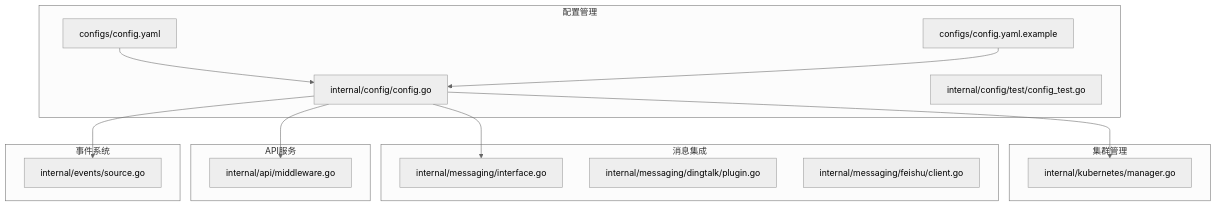
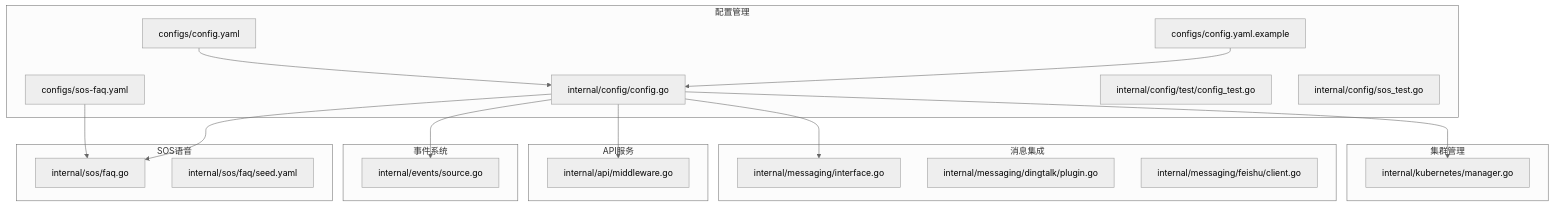
The first of 4 diagrams in .qoder/repowiki/zh/content/安装部署/配置管理.md (kudig-io/klaw), drawn with Mermaid (neutral theme) before and after one commit. The commit also changed other lines of this file and 232 other files, not shown here.

````diff
--- a/.qoder/repowiki/zh/content/安装部署/配置管理.md
+++ b/.qoder/repowiki/zh/content/安装部署/配置管理.md
@@ -51,29 +57,37 @@
 ```mermaid
 graph TB
 subgraph "配置管理"
 C1["configs/config.yaml"]
 C2["configs/config.yaml.example"]
-C3["internal/config/config.go"]
+C3["configs/sos-faq.yaml"]
+C4["internal/config/config.go"]
 CT["internal/config/test/config_test.go"]
+ST["internal/config/sos_test.go"]
 end
 subgraph "集群管理"
 K1["internal/kubernetes/manager.go"]
 end
 subgraph "消息集成"
 M1["internal/messaging/interface.go"]
 M2["internal/messaging/dingtalk/plugin.go"]
 M3["internal/messaging/feishu/client.go"]
 end
+subgraph "SOS语音"
+S1["internal/sos/faq.go"]
+S2["internal/sos/faq/seed.yaml"]
+end
 subgraph "API服务"
-S1["internal/api/middleware.go"]
+A1["internal/api/middleware.go"]
 end
 subgraph "事件系统"
 E1["internal/events/source.go"]
 end
-C1 --> C3
-C2 --> C3
-C3 --> K1
-C3 --> M1
+C1 --> C4
+C2 --> C4
 C3 --> S1
-C3 --> E1
+C4 --> K1
+C4 --> M1
+C4 --> A1
+C4 --> E1
+C4 --> S1
 ```
````
